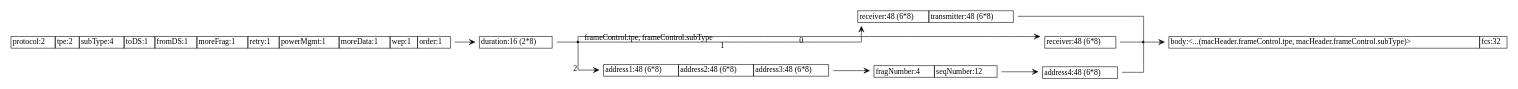
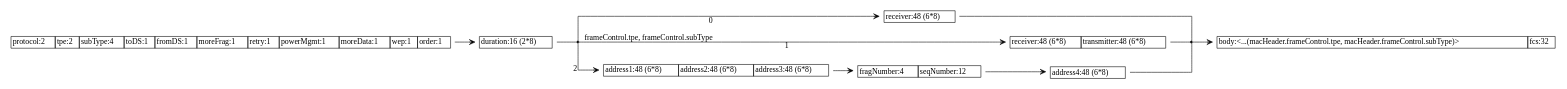
The diagram in src/802_11/union/802.11-union-spec.dot (sireum/bitcodec-examples), drawn with Graphviz before and after one commit. The commit also changed 15 other files, not shown here.

```diff
--- a/src/802_11/union/802.11-union-spec.dot
+++ b/src/802_11/union/802.11-union-spec.dot
@@ -1,61 +1,61 @@
 digraph G {
   rankdir = LR;
   graph [splines=ortho];
   node [shape=plaintext];
   edge [arrowhead=vee];
 
   n0 [label=<
     <TABLE BORDER="0" CELLBORDER="1" CELLSPACING="0" TOOLTIP="MacFrame.macHeader.frameControl" HREF="#">
       <TR><TD>protocol:2</TD><TD>tpe:2</TD><TD>subType:4</TD><TD>toDS:1</TD><TD>fromDS:1</TD><TD>moreFrag:1</TD><TD>retry:1</TD><TD>powerMgmt:1</TD><TD>moreData:1</TD><TD>wep:1</TD><TD>order:1</TD></TR>
     </TABLE>
   >];
   n1 [label=<
     <TABLE BORDER="0" CELLBORDER="1" CELLSPACING="0" TOOLTIP="MacFrame.macHeader" HREF="#">
       <TR><TD>duration:16 (2*8)</TD></TR>
     </TABLE>
   >];
   n2 [shape=point];
   n3 [label=<
-    <TABLE BORDER="0" CELLBORDER="1" CELLSPACING="0" TOOLTIP="MacFrame.macHeader.receiverTransmitter" HREF="#">
-      <TR><TD>receiver:48 (6*8)</TD><TD>transmitter:48 (6*8)</TD></TR>
+    <TABLE BORDER="0" CELLBORDER="1" CELLSPACING="0" TOOLTIP="MacFrame.macHeader.receiver" HREF="#">
+      <TR><TD>receiver:48 (6*8)</TD></TR>
     </TABLE>
   >];
   n4 [label=<
-    <TABLE BORDER="0" CELLBORDER="1" CELLSPACING="0" TOOLTIP="MacFrame.macHeader.receiver" HREF="#">
-      <TR><TD>receiver:48 (6*8)</TD></TR>
+    <TABLE BORDER="0" CELLBORDER="1" CELLSPACING="0" TOOLTIP="MacFrame.macHeader.receiverTransmitter" HREF="#">
+      <TR><TD>receiver:48 (6*8)</TD><TD>transmitter:48 (6*8)</TD></TR>
     </TABLE>
   >];
   n5 [label=<
     <TABLE BORDER="0" CELLBORDER="1" CELLSPACING="0" TOOLTIP="MacFrame.macHeader.data" HREF="#">
       <TR><TD>address1:48 (6*8)</TD><TD>address2:48 (6*8)</TD><TD>address3:48 (6*8)</TD></TR>
     </TABLE>
   >];
   n6 [shape=point];
   n7 [label=<
     <TABLE BORDER="0" CELLBORDER="1" CELLSPACING="0" TOOLTIP="MacFrame.macHeader.data.seqControl" HREF="#">
       <TR><TD>fragNumber:4</TD><TD>seqNumber:12</TD></TR>
     </TABLE>
   >];
   n8 [label=<
     <TABLE BORDER="0" CELLBORDER="1" CELLSPACING="0" TOOLTIP="MacFrame" HREF="#">
       <TR><TD>body:&lt;...(macHeader.frameControl.tpe, macHeader.frameControl.subType)&gt;</TD><TD>fcs:32</TD></TR>
     </TABLE>
   >];
   n9 [label=<
     <TABLE BORDER="0" CELLBORDER="1" CELLSPACING="0" TOOLTIP="MacFrame.macHeader.data" HREF="#">
       <TR><TD>address4:48 (6*8)</TD></TR>
     </TABLE>
   >];
 
   n0 -> n1;
   n1 -> n2 [arrowhead=none, xlabel="frameControl.tpe, frameControl.subType", tooltip="p => p match {&#013;  case /* CTS */ (Frame.Control, u4\"0xC\") => 0&#013;  case /* RTS */ (Frame.Control, u4\"0xB\") => 1&#013;  case /* Data */ (Frame.Data, _) => 2&#013;  case _ => -1 // error&#013;}", href="#"];
-  n2 -> n3 [xlabel="1"];
-  n2 -> n4 [xlabel="0"];
+  n2 -> n3 [xlabel="0"];
+  n2 -> n4 [xlabel="1"];
   n2 -> n5 [xlabel="2"];
   n3 -> n6 [arrowhead=none];
+  n9 -> n6 [arrowhead=none];
   n4 -> n6 [arrowhead=none];
-  n9 -> n6 [arrowhead=none];
   n5 -> n7;
   n6 -> n8;
   n7 -> n9;
 }
```
